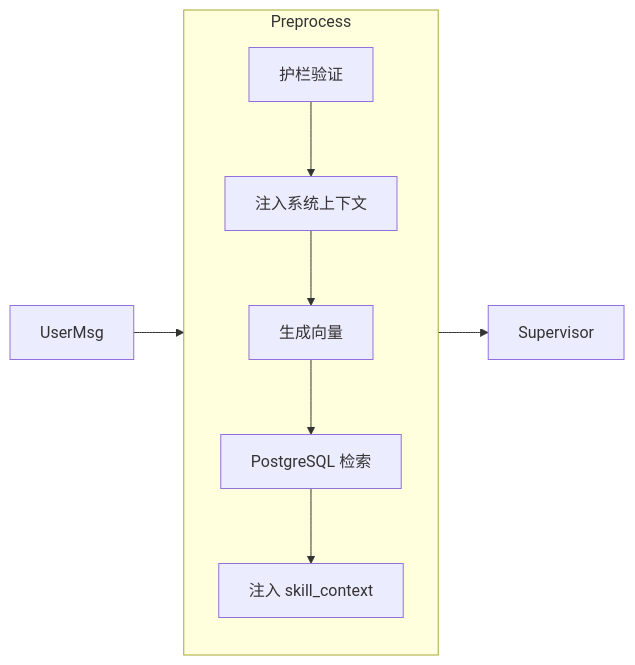
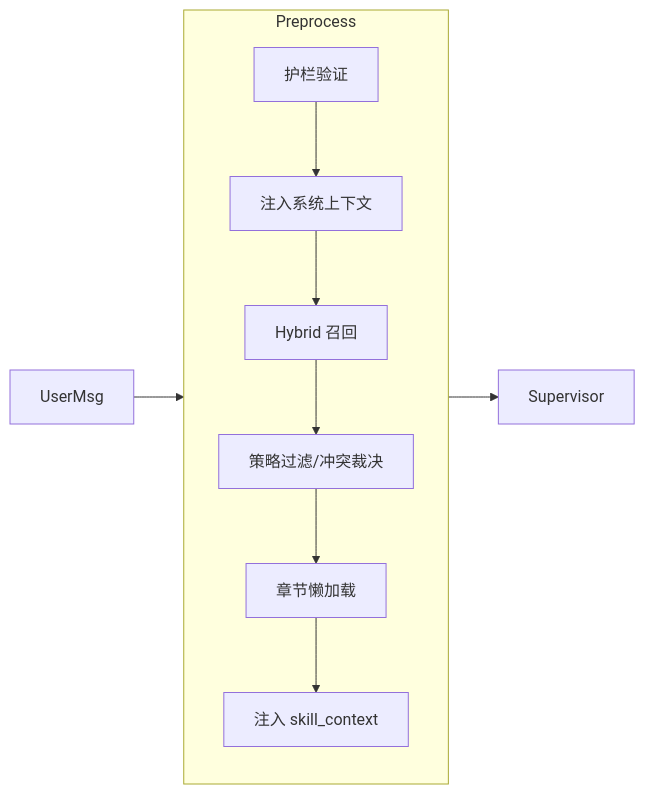
Before and after one commit to jijingkun-commits/fastapi: the first of 14 diagrams in docs/开发文档/架构设计/AI模块设计.md, drawn with Mermaid. The commit also changed other lines of this file and 15 other files, not shown here.

````diff
--- a/docs/开发文档/架构设计/AI模块设计.md
+++ b/docs/开发文档/架构设计/AI模块设计.md
@@ -93,14 +101,15 @@
 ```mermaid
 graph LR
-    UserMsg -->Preprocess[预处理节点]
-    
+    UserMsg --> Preprocess[预处理节点]
+
     subgraph Preprocess
         direction TB
         Guard[护栏验证] --> Time[注入系统上下文]
-        Time --> Embed[生成向量]
-        Embed --> Search[PostgreSQL 检索]
-        Search --> Context[注入 skill_context]
+        Time --> Hybrid[Hybrid 召回]
+        Hybrid --> Policy[策略过滤/冲突裁决]
+        Policy --> Lazy[章节懒加载]
+        Lazy --> Context[注入 skill_context]
     end
-    
+
     Context --> Supervisor
 ```
````
